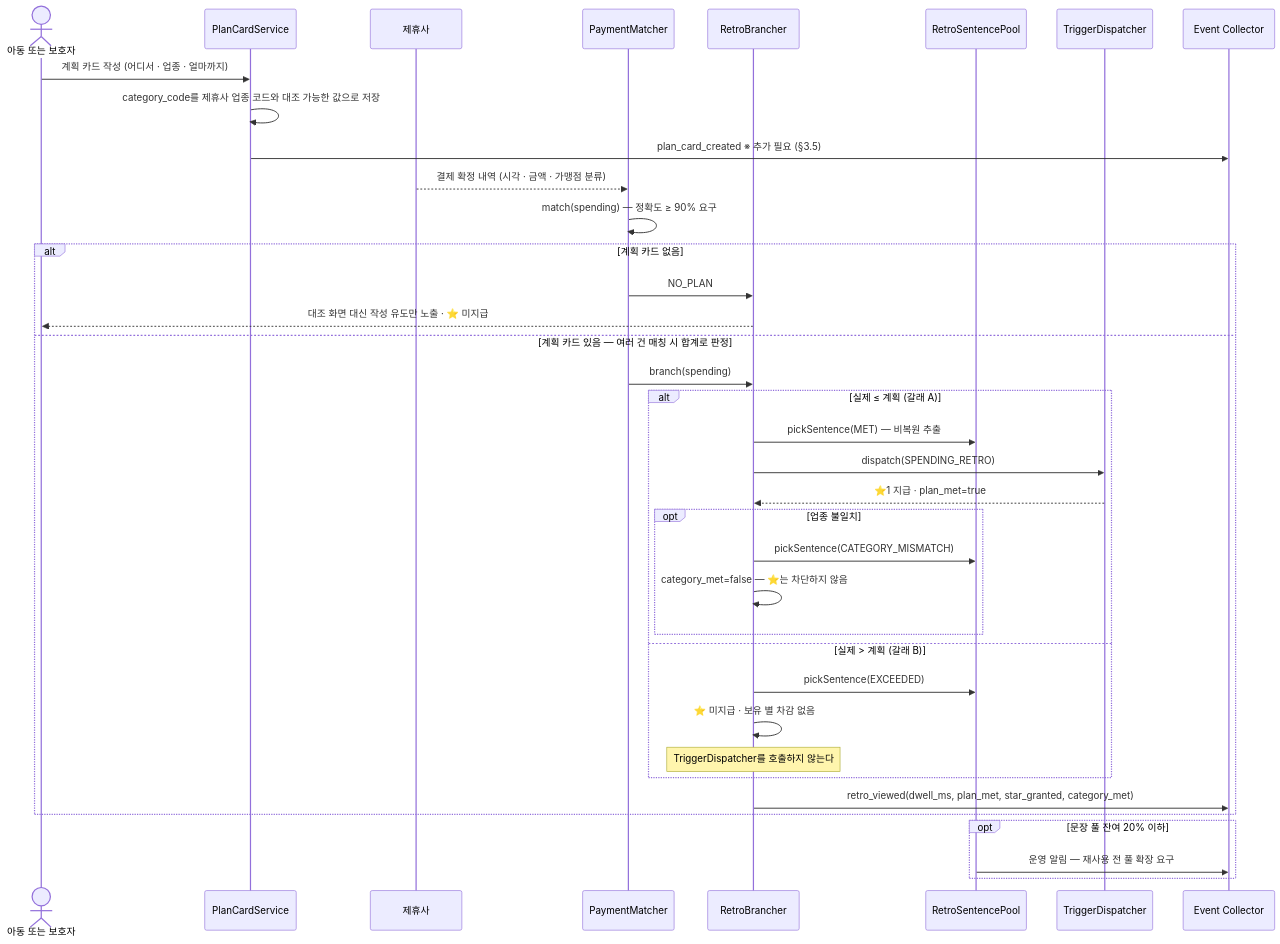
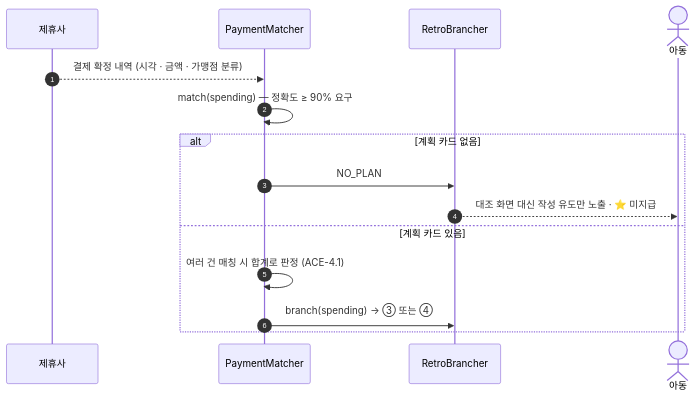
Before and after one commit to new-rim/finfriends-prd-to-srs: diagram 26 of 51 in DESIGN_finfriends-v1_0.md, drawn with Mermaid. The commit also changed other lines of this file and 1 other file, not shown here.

````diff
--- a/DESIGN_finfriends-v1_0.md
+++ b/DESIGN_finfriends-v1_0.md
@@ -1252,43 +1453,19 @@
 ```mermaid
 sequenceDiagram
-    actor C as 아동 또는 보호자
-    participant PC as PlanCardService
+    autonumber
     participant PSP as 제휴사
     participant PM as PaymentMatcher
     participant RB as RetroBrancher
-    participant POOL as RetroSentencePool
-    participant TD as TriggerDispatcher
-    participant EC as Event Collector
-
-    C->>PC: 계획 카드 작성 (어디서 · 업종 · 얼마까지)
-    PC->>PC: category_code를 제휴사 업종 코드와 대조 가능한 값으로 저장
-    PC->>EC: plan_card_created ※ 추가 필요 (§3.5)
+    actor C as 아동
 
     PSP-->>PM: 결제 확정 내역 (시각 · 금액 · 가맹점 분류)
     PM->>PM: match(spending) — 정확도 ≥ 90% 요구
 
     alt 계획 카드 없음
         PM->>RB: NO_PLAN
         RB-->>C: 대조 화면 대신 작성 유도만 노출 · ⭐ 미지급
-    else 계획 카드 있음 — 여러 건 매칭 시 합계로 판정
-        PM->>RB: branch(spending)
-        alt 실제 ≤ 계획 (갈래 A)
-            RB->>POOL: pickSentence(MET) — 비복원 추출
-            RB->>TD: dispatch(SPENDING_RETRO)
-            TD-->>RB: ⭐1 지급 · plan_met=true
-            opt 업종 불일치
-                RB->>POOL: pickSentence(CATEGORY_MISMATCH)
-                RB->>RB: category_met=false — ⭐는 차단하지 않음
-            end
-        else 실제 > 계획 (갈래 B)
-            RB->>POOL: pickSentence(EXCEEDED)
-            RB->>RB: ⭐ 미지급 · 보유 별 차감 없음
-            Note over RB: TriggerDispatcher를 호출하지 않는다
-        end
-        RB->>EC: retro_viewed(dwell_ms, plan_met, star_granted, category_met)
-    end
-
-    opt 문장 풀 잔여 20% 이하
-        POOL->>EC: 운영 알림 — 재사용 전 풀 확장 요구
+    else 계획 카드 있음
+        PM->>PM: 여러 건 매칭 시 합계로 판정 (ACE-4.1)
+        PM->>RB: branch(spending) → ③ 또는 ④
     end
 ```
````
